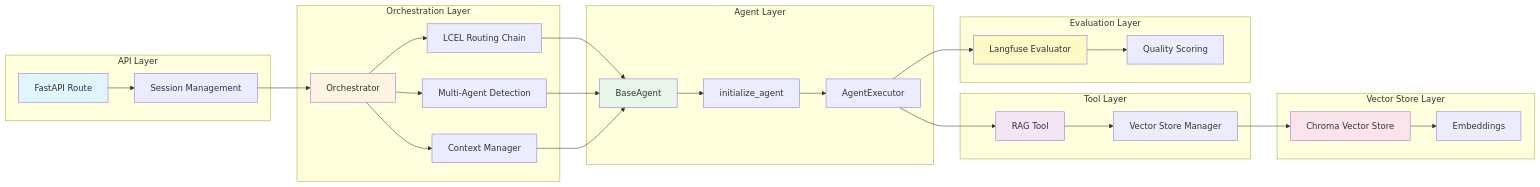
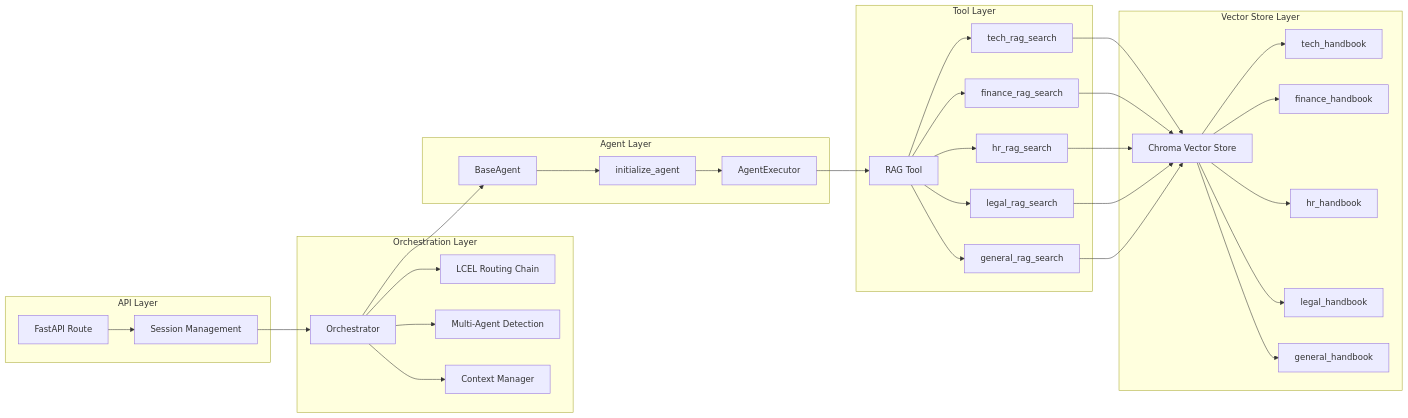
The diagram in FLOW_DIAGRAM.md (jerrybuks/multi-agent-rag-chatbot), drawn with Mermaid before and after one commit.

Commit message:
update flow diagram

````diff
--- a/FLOW_DIAGRAM.md
+++ b/FLOW_DIAGRAM.md
@@ -5,59 +5,63 @@
 ```mermaid
 graph LR
     subgraph "API Layer"
         A[FastAPI Route]
         B[Session Management]
     end
     
     subgraph "Orchestration Layer"
         C[Orchestrator]
         D[LCEL Routing Chain]
         E[Multi-Agent Detection]
         F[Context Manager]
     end
     
     subgraph "Agent Layer"
         G[BaseAgent]
         H[initialize_agent]
         I[AgentExecutor]
     end
     
     subgraph "Tool Layer"
         J[RAG Tool]
-        K[Vector Store Manager]
+        K[tech_rag_search]
+        L[finance_rag_search]
+        M[hr_rag_search]
+        N[legal_rag_search]
+        O[general_rag_search]
     end
     
     subgraph "Vector Store Layer"
-        L[Chroma Vector Store]
-        M[Embeddings]
-    end
-    
-    subgraph "Evaluation Layer"
-        N[Langfuse Evaluator]
-        O[Quality Scoring]
+        P[Chroma Vector Store]
+        Q[tech_handbook]
+        R[finance_handbook]
+        S[hr_handbook]
+        T[legal_handbook]
+        U[general_handbook]
     end
     
     A --> B
     B --> C
     C --> D
     C --> E
     C --> F
-    D --> G
-    E --> G
-    F --> G
+    C --> G
     G --> H
     H --> I
     I --> J
     J --> K
-    K --> L
-    L --> M
-    I --> N
-    N --> O
-    
-    style A fill:#e1f5ff
-    style C fill:#fff4e1
-    style G fill:#e8f5e9
-    style J fill:#f3e5f5
-    style L fill:#fce4ec
-    style N fill:#fff9c4
+    J --> L
+    J --> M
+    J --> N
+    J --> O
+    K --> P
+    L --> P
+    M --> P
+    N --> P
+    O --> P
+    P --> Q
+    P --> R
+    P --> S
+    P --> T
+    P --> U
 ```
````
